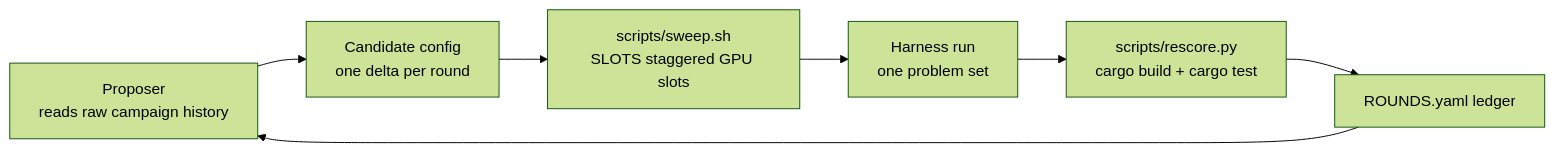
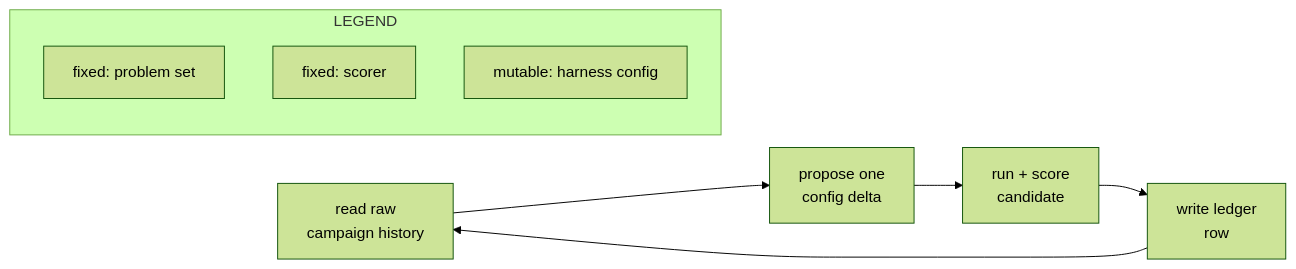
One commit to NTDuck/ARCMiS changed the sixth of 8 diagrams in docs/slides/slides.md. Above: the diagram before and after it, drawn with Mermaid (forest theme). The commit also changed other lines of this file and 161 other files, not shown here.

````diff
--- a/docs/slides/slides.md
+++ b/docs/slides/slides.md
@@ -140,9 +550,12 @@
 ```mermaid
 flowchart LR
-  P["Proposer<br/>reads raw campaign history"] --> C["Candidate config<br/>one delta per round"]
-  C --> S["scripts/sweep.sh<br/>SLOTS staggered GPU slots"]
-  S --> R["Harness run<br/>one problem set"]
-  R --> SC["scripts/rescore.py<br/>cargo build + cargo test"]
-  SC --> L["ROUNDS.yaml ledger"]
-  L --> P
+  A["read raw<br/>campaign history"] --> B["propose one<br/>config delta"]
+  B --> C["run + score<br/>candidate"]
+  C --> D["write ledger<br/>row"]
+  D --> A
+  subgraph LEGEND["LEGEND"]
+    E["fixed: problem set"]
+    F["fixed: scorer"]
+    G["mutable: harness config"]
+  end
 ```
````
